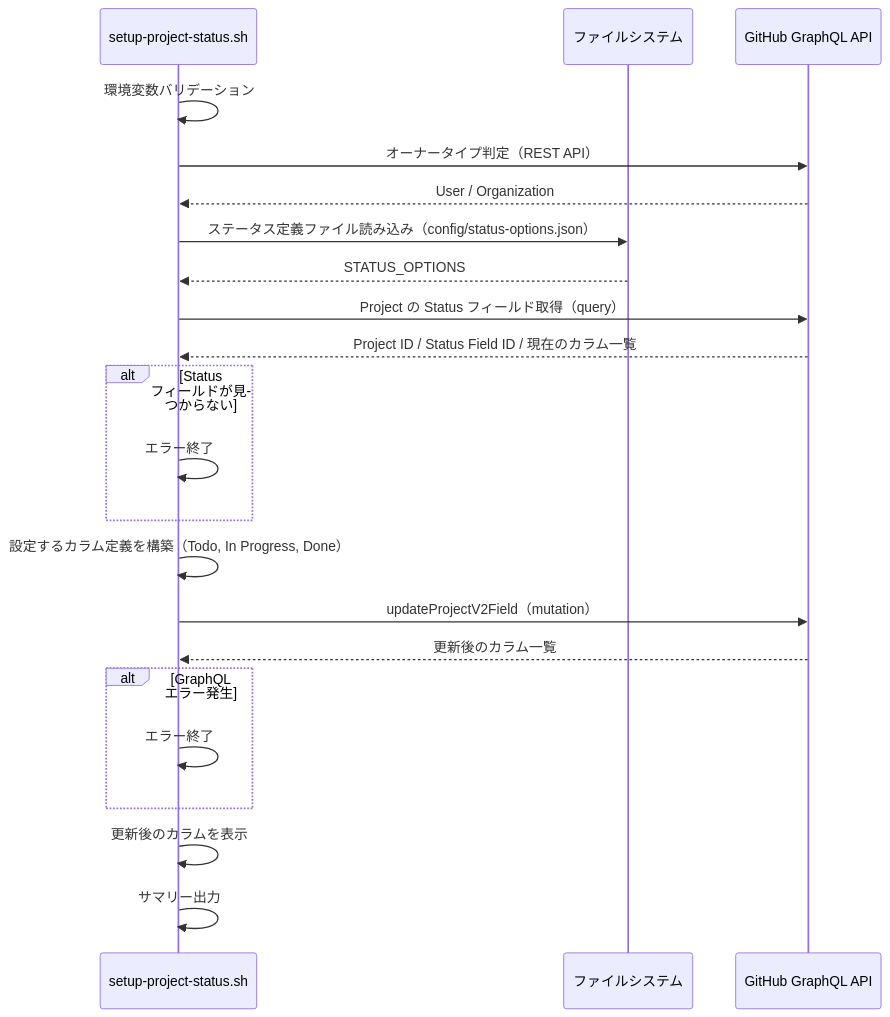
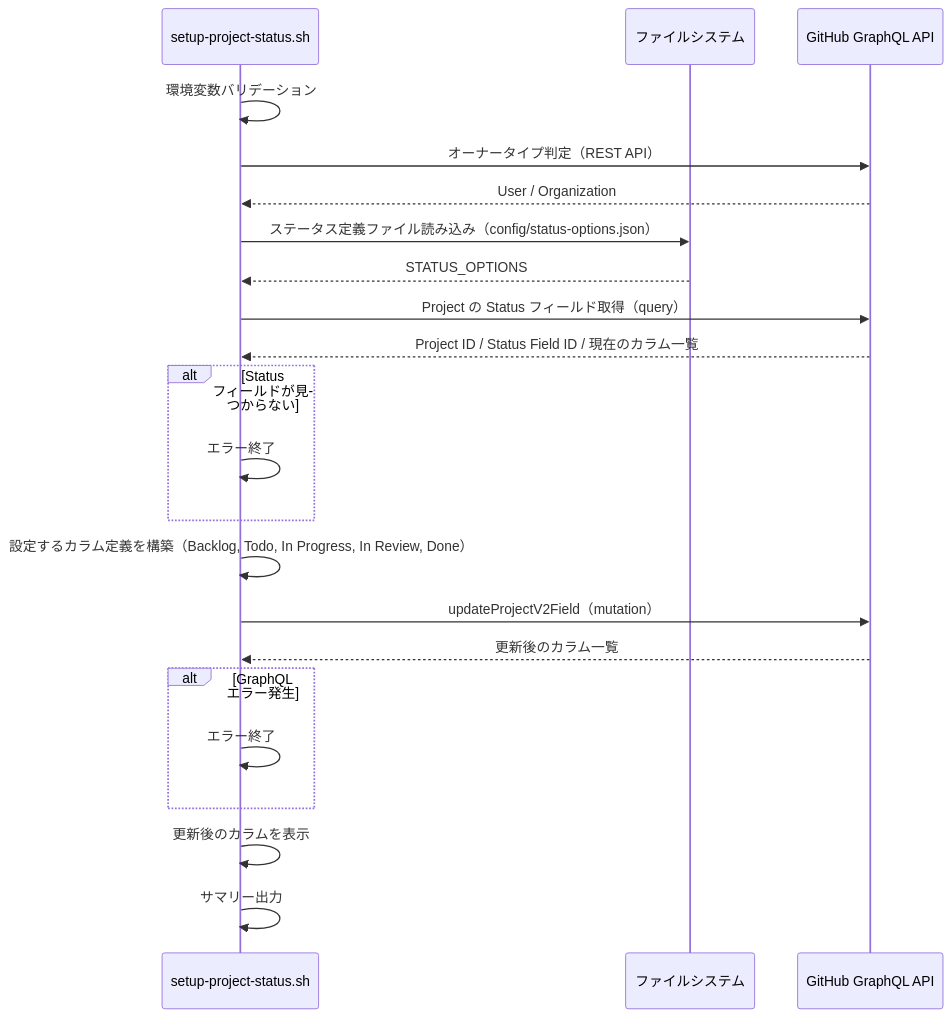
Before and after one commit to mabubu0203/github-projects-starter-kit: the second of 2 diagrams in docs/scripts/setup-project-status.md, drawn with Mermaid. The commit also changed other lines of this file and 1 other file, not shown here.

First line of the commit message:
enhance: ステータスカラムを3段階から5段階に拡張（Backlog / In Review 追加）

````diff
--- a/docs/scripts/setup-project-status.md
+++ b/docs/scripts/setup-project-status.md
@@ -38,31 +48,31 @@
 ```mermaid
 sequenceDiagram
     participant Script as setup-project-status.sh
     participant FS as ファイルシステム
     participant GH as GitHub GraphQL API
 
     Script->>Script: 環境変数バリデーション
     Script->>GH: オーナータイプ判定（REST API）
     GH-->>Script: User / Organization
 
     Script->>FS: ステータス定義ファイル読み込み（config/status-options.json）
     FS-->>Script: STATUS_OPTIONS
 
     Script->>GH: Project の Status フィールド取得（query）
     GH-->>Script: Project ID / Status Field ID / 現在のカラム一覧
 
     alt Status フィールドが見つからない
         Script->>Script: エラー終了
     end
 
-    Script->>Script: 設定するカラム定義を構築（Todo, In Progress, Done）
+    Script->>Script: 設定するカラム定義を構築（Backlog, Todo, In Progress, In Review, Done）
     Script->>GH: updateProjectV2Field（mutation）
     GH-->>Script: 更新後のカラム一覧
 
     alt GraphQL エラー発生
         Script->>Script: エラー終了
     end
 
     Script->>Script: 更新後のカラムを表示
     Script->>Script: サマリー出力
 ```
````
